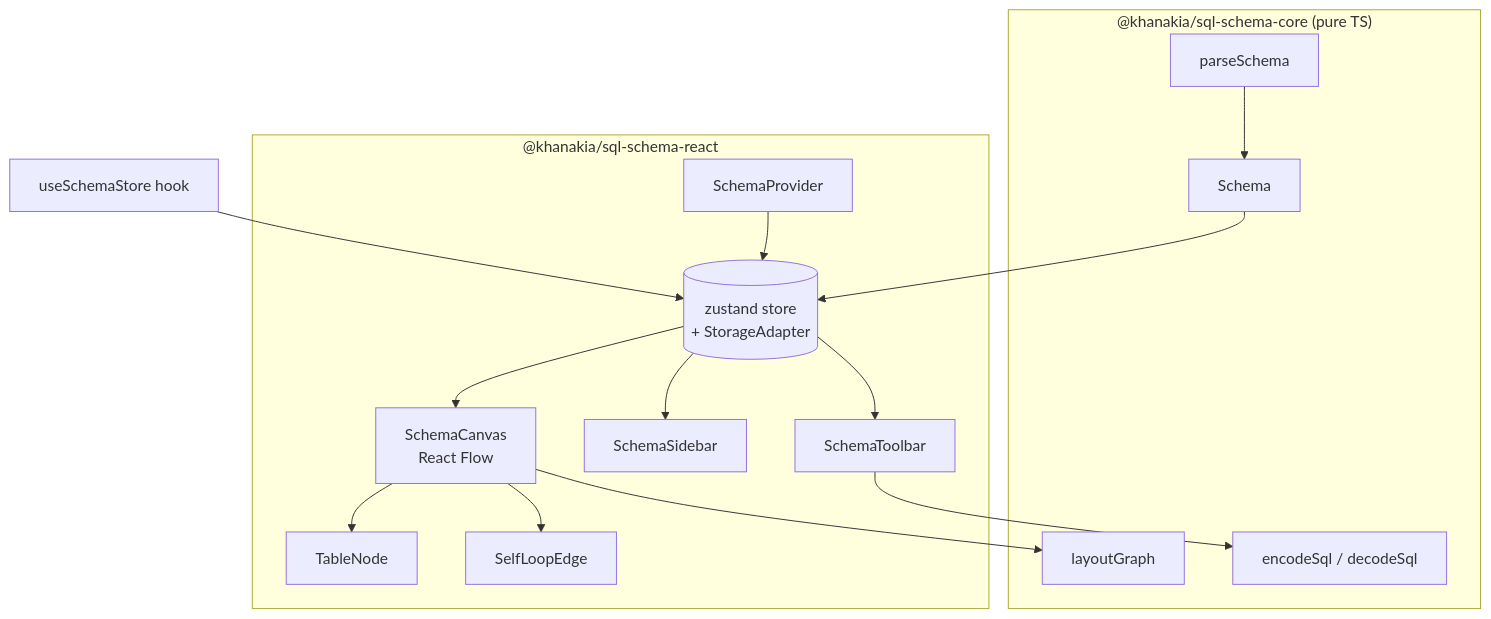
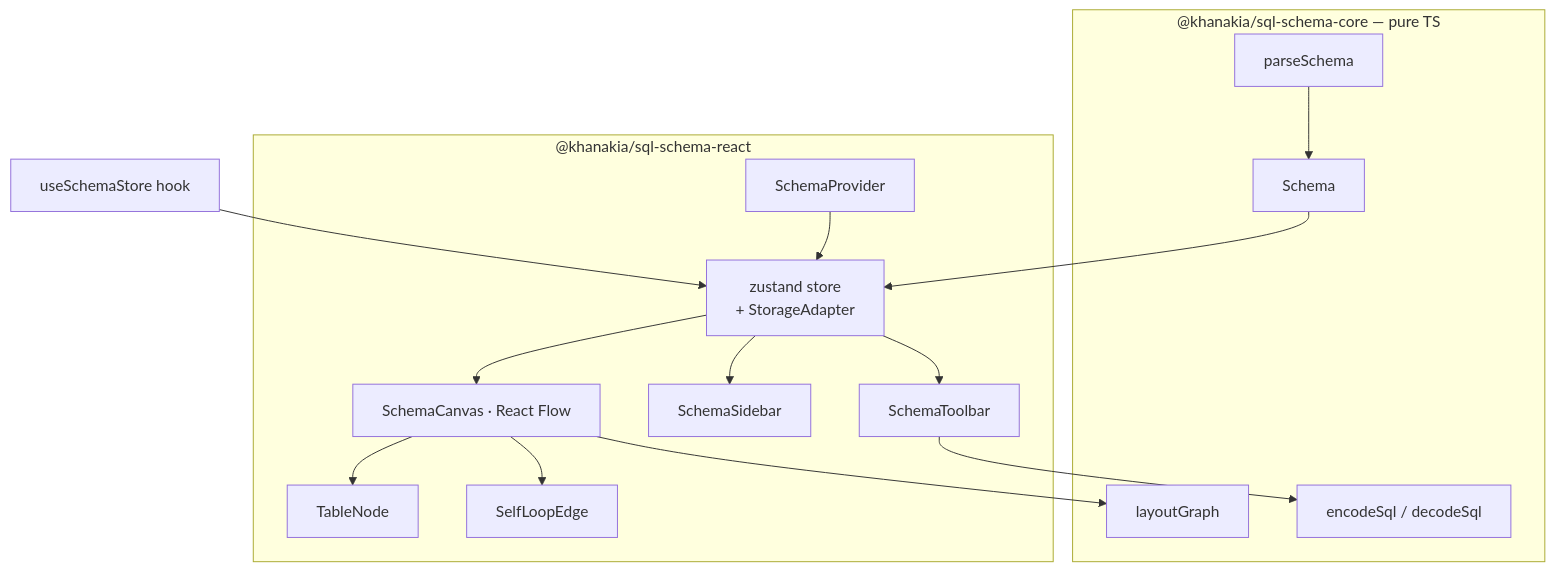
The diagram in packages/react/README.md (khanakia/sql-schema-visualizer), drawn with Mermaid before and after one commit. The commit also changed 4 other files, not shown here.

Commit message:
docs: fix Mermaid diagrams — quote node labels, <br/> not \n, no bare parens (GitHub render error)

````diff
--- a/packages/react/README.md
+++ b/packages/react/README.md
@@ -70,23 +70,23 @@
 ```mermaid
 flowchart TD
-  subgraph core["@khanakia/sql-schema-core (pure TS)"]
-    P[parseSchema] --> S[Schema]
-    LG[layoutGraph]
-    EC[encodeSql / decodeSql]
+  subgraph core["@khanakia/sql-schema-core — pure TS"]
+    P["parseSchema"] --> S["Schema"]
+    LG["layoutGraph"]
+    EC["encodeSql / decodeSql"]
   end
   subgraph react["@khanakia/sql-schema-react"]
-    ST[(zustand store\n+ StorageAdapter)]
-    PR[SchemaProvider]
-    CV[SchemaCanvas\nReact Flow]
-    SB[SchemaSidebar]
-    TB[SchemaToolbar]
-    TN[TableNode] & SE[SelfLoopEdge]
+    ST["zustand store<br/>+ StorageAdapter"]
+    PR["SchemaProvider"]
+    CV["SchemaCanvas · React Flow"]
+    SB["SchemaSidebar"]
+    TB["SchemaToolbar"]
+    TN["TableNode"] & SE["SelfLoopEdge"]
   end
   S --> ST
   PR --> ST
   ST --> CV --> LG
   ST --> SB
   ST --> TB --> EC
   CV --> TN & SE
-  H[useSchemaStore hook] --> ST
+  H["useSchemaStore hook"] --> ST
 ```
````
